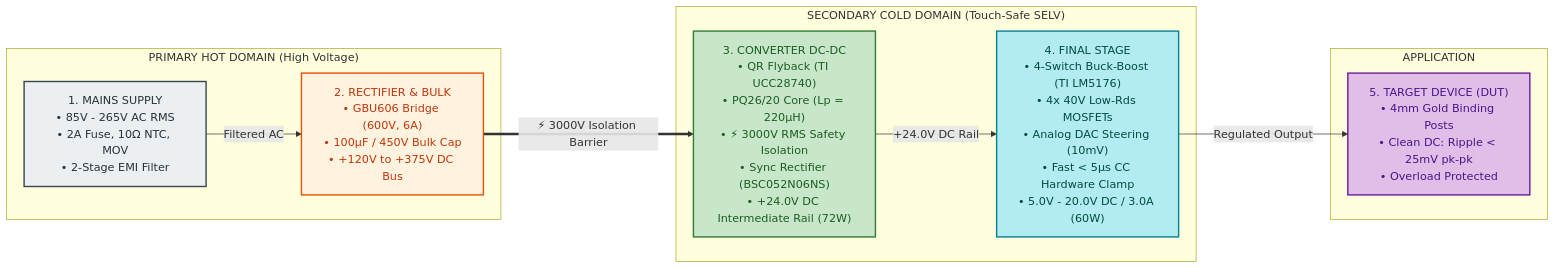
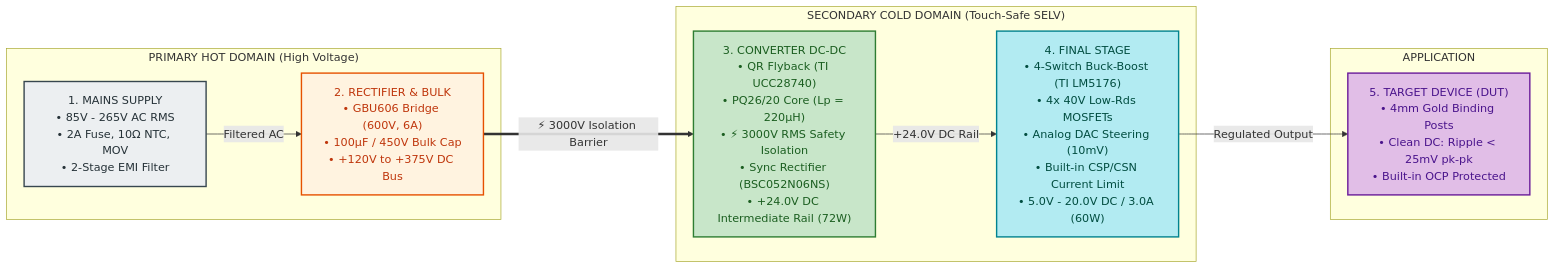
The first of 2 diagrams in smart_programmable_power_supply/PRODUCT_REQUIREMENT_DOCUMENT_PRD.md (tthongs/av_iv), drawn with Mermaid before and after one commit. The commit also changed other lines of this file and 3 other files, not shown here.

Commit message:
docs(spps): simplify protection architecture to standard built-in controller protections

````diff
--- a/smart_programmable_power_supply/PRODUCT_REQUIREMENT_DOCUMENT_PRD.md
+++ b/smart_programmable_power_supply/PRODUCT_REQUIREMENT_DOCUMENT_PRD.md
@@ -182,27 +179,27 @@
 ```mermaid
 flowchart LR
     classDef acStyle fill:#ECEFF1,stroke:#37474F,stroke-width:2px,color:#263238
     classDef rectStyle fill:#FFF3E0,stroke:#E65100,stroke-width:2px,color:#BF360C
     classDef isoStyle fill:#C8E6C9,stroke:#2E7D32,stroke-width:2px,color:#1B5E20
     classDef bbStyle fill:#B2EBF2,stroke:#00838F,stroke-width:2px,color:#004D40
     classDef dutStyle fill:#E1BEE7,stroke:#6A1B9A,stroke-width:2px,color:#4A148C
 
     subgraph HOT_DOMAIN ["PRIMARY HOT DOMAIN (High Voltage)"]
         S1["1. MAINS SUPPLY<br/>• 85V - 265V AC RMS<br/>• 2A Fuse, 10Ω NTC, MOV<br/>• 2-Stage EMI Filter"]:::acStyle
         S2["2. RECTIFIER & BULK<br/>• GBU606 Bridge (600V, 6A)<br/>• 100µF / 450V Bulk Cap<br/>• +120V to +375V DC Bus"]:::rectStyle
         S1 -->|"Filtered AC"| S2
     end
 
     subgraph COLD_DOMAIN ["SECONDARY COLD DOMAIN (Touch-Safe SELV)"]
         S3["3. CONVERTER DC-DC<br/>• QR Flyback (TI UCC28740)<br/>• PQ26/20 Core (Lp = 220µH)<br/>• ⚡ 3000V RMS Safety Isolation<br/>• Sync Rectifier (BSC052N06NS)<br/>• +24.0V DC Intermediate Rail (72W)"]:::isoStyle
-        S4["4. FINAL STAGE<br/>• 4-Switch Buck-Boost (TI LM5176)<br/>• 4x 40V Low-Rds MOSFETs<br/>• Analog DAC Steering (10mV)<br/>• Fast < 5µs CC Hardware Clamp<br/>• 5.0V - 20.0V DC / 3.0A (60W)"]:::bbStyle
+        S4["4. FINAL STAGE<br/>• 4-Switch Buck-Boost (TI LM5176)<br/>• 4x 40V Low-Rds MOSFETs<br/>• Analog DAC Steering (10mV)<br/>• Built-in CSP/CSN Current Limit<br/>• 5.0V - 20.0V DC / 3.0A (60W)"]:::bbStyle
         S3 -->|"+24.0V DC Rail"| S4
     end
 
     subgraph LOAD_DOMAIN ["APPLICATION"]
-        S5["5. TARGET DEVICE (DUT)<br/>• 4mm Gold Binding Posts<br/>• Clean DC: Ripple < 25mV pk-pk<br/>• Overload Protected"]:::dutStyle
+        S5["5. TARGET DEVICE (DUT)<br/>• 4mm Gold Binding Posts<br/>• Clean DC: Ripple < 25mV pk-pk<br/>• Built-in OCP Protected"]:::dutStyle
     end
 
     S2 ==>|"⚡ 3000V Isolation Barrier"| S3
     S4 -->|"Regulated Output"| S5
 ```
````
